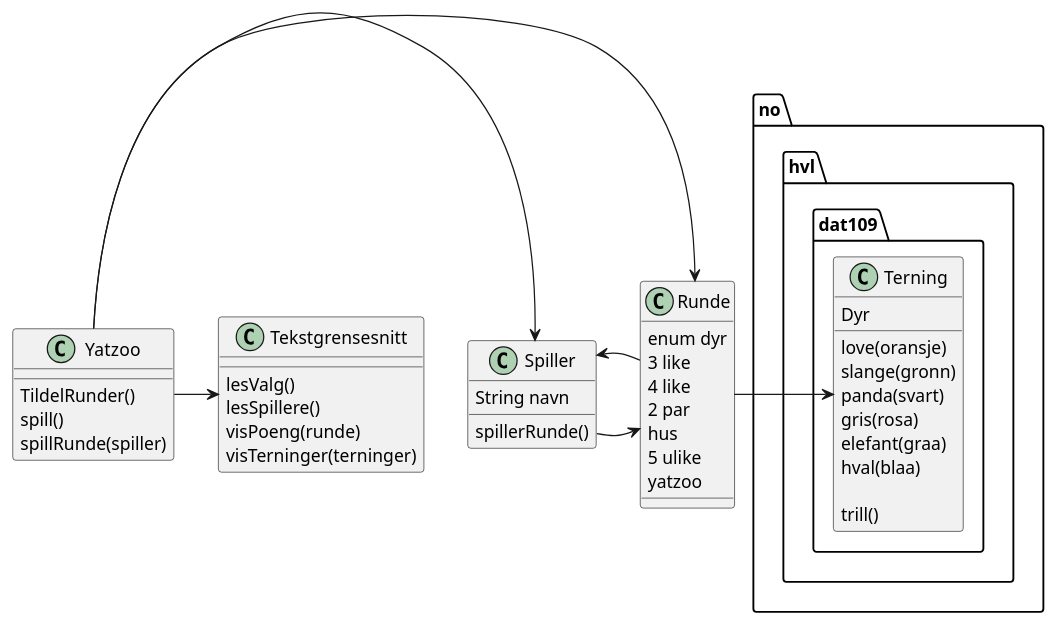
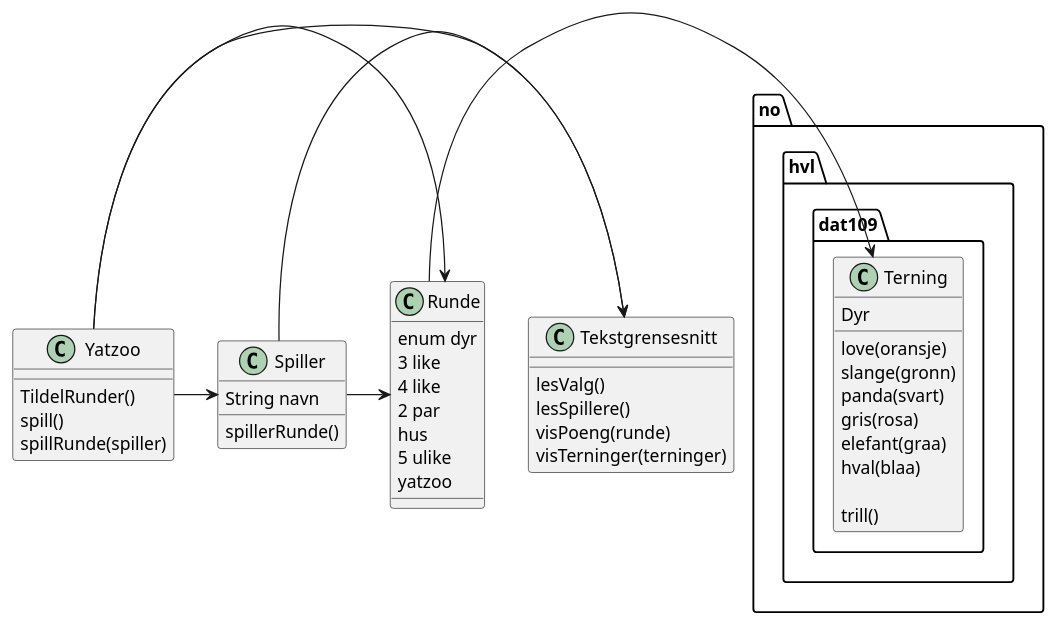
One commit to 571530/DAT109Oblig1 changed the diagram in src/no/hvl/dat109/uml/Klassediagram.puml. Above: the diagram before and after it, drawn with PlantUML. The commit also changed 1 other file, not shown here.

Commit message:
Endringer i diagrammene

```diff
--- a/src/no/hvl/dat109/uml/Klassediagram.puml
+++ b/src/no/hvl/dat109/uml/Klassediagram.puml
@@ -1,52 +1,51 @@
 @startuml
 
 class Yatzoo{
 TildelRunder()
 spill()
 spillRunde(spiller)
 }
 
 class Tekstgrensesnitt {
     lesValg()
     lesSpillere()
     visPoeng(runde)
     visTerninger(terninger)
 }
 
 class Spiller{
 String navn
 spillerRunde()
 }
 
 class Runde{
 enum dyr
 3 like
 4 like
 2 par
 hus
 5 ulike
 yatzoo
 }
 
 class no.hvl.dat109.Terning{
 Dyr
 love(oransje)
 slange(gronn)
 panda(svart)
 gris(rosa)
 elefant(graa)
 hval(blaa)
 
 trill()
 }
 
 Yatzoo -> Spiller
 Yatzoo -> Tekstgrensesnitt
+Spiller -> Tekstgrensesnitt
 Yatzoo -> Runde
 Spiller -> Runde
 Runde -> no.hvl.dat109.Terning
-Runde -> Spiller
-
 
 
 @enduml
```
